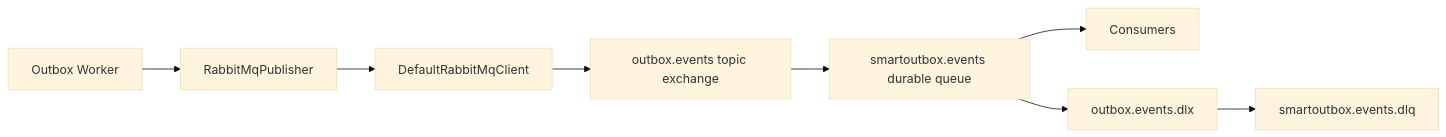
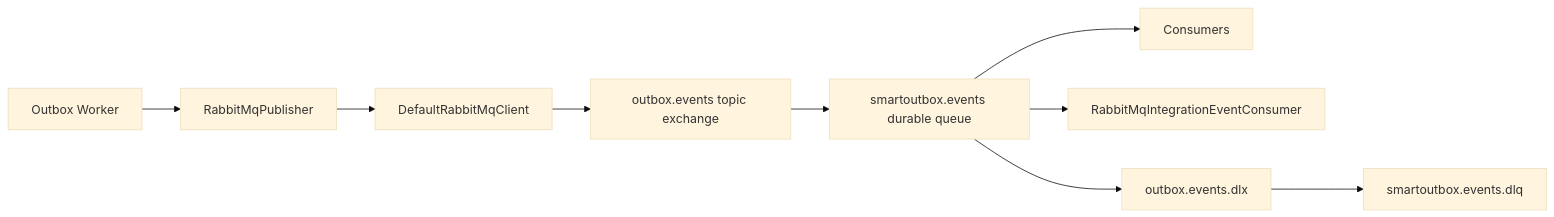
Before and after one commit to MelqueLord/SmartOutbox.NET: the diagram in docs/rabbitmq-integration.md, drawn with Mermaid (base theme). The commit also changed other lines of this file and 4 other files, not shown here.

````diff
--- a/docs/rabbitmq-integration.md
+++ b/docs/rabbitmq-integration.md
@@ -5,10 +5,11 @@
 ```mermaid
 flowchart LR
     Worker[Outbox Worker] --> Publisher[RabbitMqPublisher]
     Publisher --> Client[DefaultRabbitMqClient]
     Client --> Exchange[outbox.events topic exchange]
     Exchange --> Queue[smartoutbox.events durable queue]
     Queue --> Consumers[Consumers]
+    Queue --> Hosted[RabbitMqIntegrationEventConsumer]
     Queue --> DLX[outbox.events.dlx]
     DLX --> DLQ[smartoutbox.events.dlq]
 ```
````
